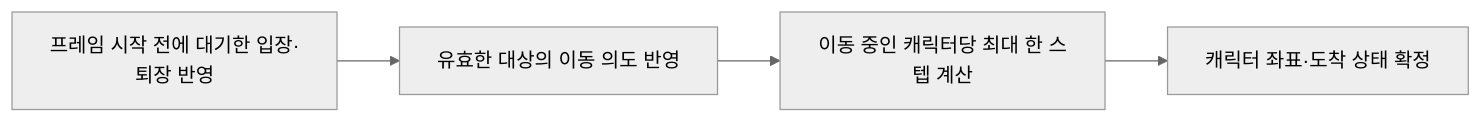
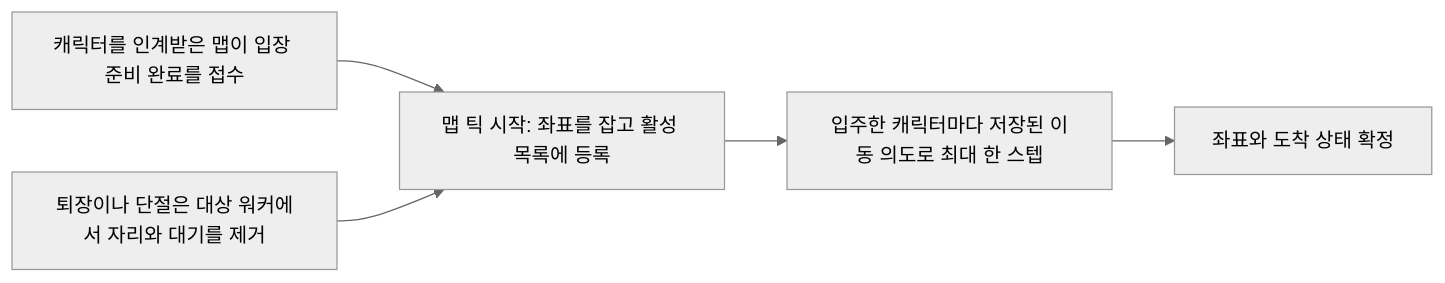
The second of 3 diagrams in 13_MMO_Project/Docs/Plan/Server/013_맵_콘텐츠와_마을_이동_계획.md (MyungHyun-Ahn/Portfolio), drawn with Mermaid (neutral theme) before and after one commit. The commit also changed other lines of this file and 3 other files, not shown here.

````diff
--- a/13_MMO_Project/Docs/Plan/Server/013_맵_콘텐츠와_마을_이동_계획.md
+++ b/13_MMO_Project/Docs/Plan/Server/013_맵_콘텐츠와_마을_이동_계획.md
@@ -48,6 +50,7 @@
 ```mermaid
 flowchart LR
-  A[프레임 시작 전에 대기한 입장·퇴장 반영] --> B[유효한 대상의 이동 의도 반영]
-  B --> C[이동 중인 캐릭터당 최대 한 스텝 계산]
-  C --> D[캐릭터 좌표·도착 상태 확정]
+  A[캐릭터를 인계받은 맵이 입장 준비 완료를 접수] --> B[맵 틱 시작: 좌표를 잡고 활성 목록에 등록]
+  X[퇴장이나 단절은 대상 워커에서 자리와 대기를 제거] --> B
+  B --> C[입주한 캐릭터마다 저장된 이동 의도로 최대 한 스텝]
+  C --> D[좌표와 도착 상태 확정]
 ```
````
